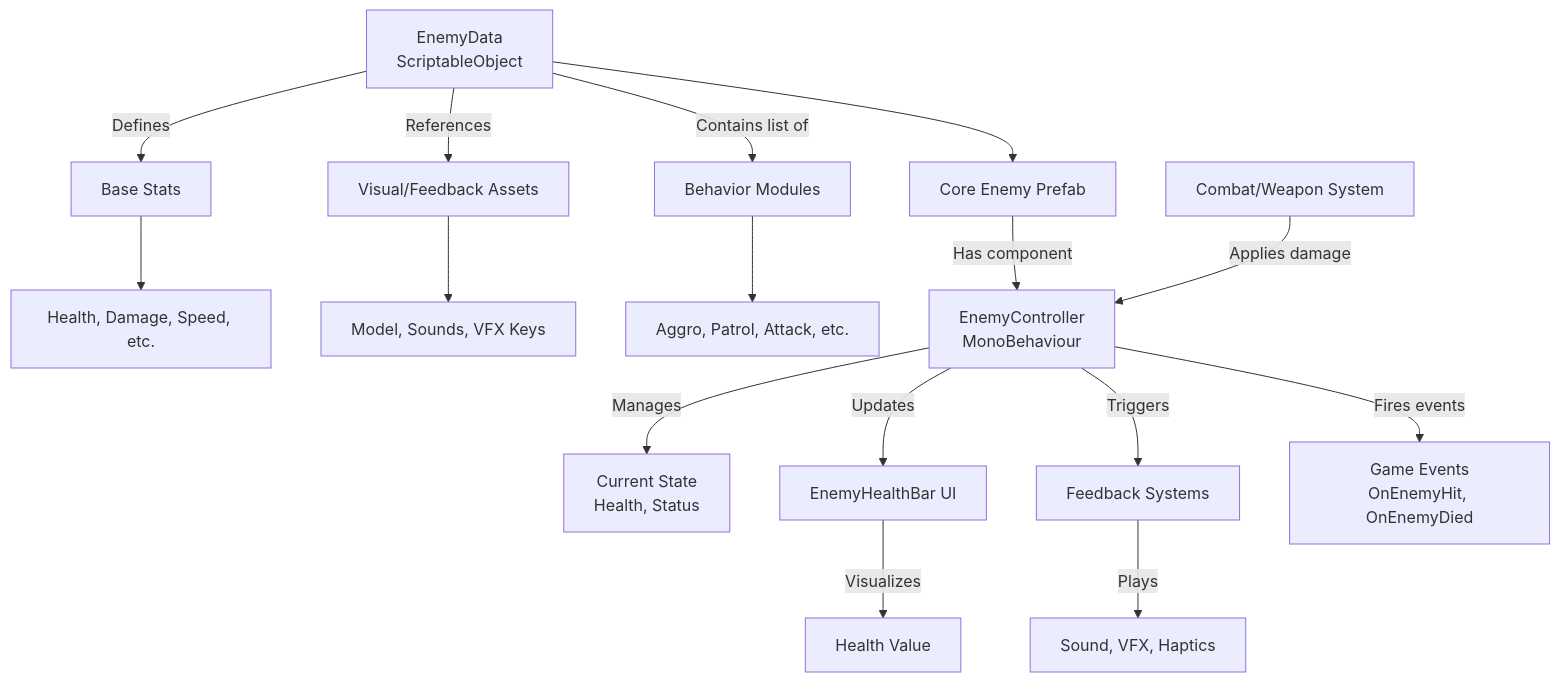
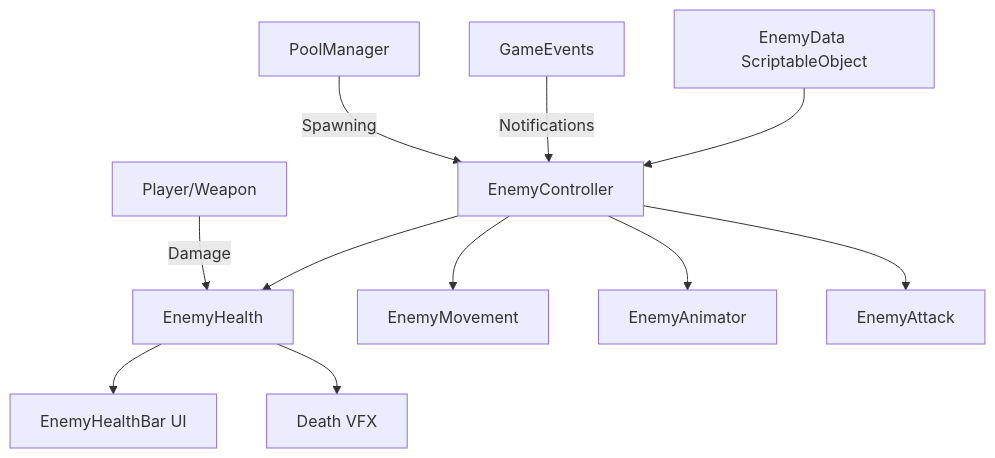
The first of 2 diagrams in Docs/Enemies.md (SBUplakankus/monsta-choppa-vr), drawn with Mermaid before and after one commit. The commit also changed other lines of this file and 8 other files, not shown here.

````diff
--- a/Docs/Enemies.md
+++ b/Docs/Enemies.md
@@ -8,23 +6,15 @@
 ```mermaid
-flowchart TD
-    A[EnemyData<br/>ScriptableObject] --> B[Core Enemy Prefab]
+graph TD
+    A[EnemyData ScriptableObject] --> B[EnemyController]
+    B --> C[EnemyHealth]
+    B --> D[EnemyMovement]
+    B --> E[EnemyAnimator]
+    B --> F[EnemyAttack]
     
-    A -->|Defines| C[Base Stats]
-    A -->|References| D[Visual/Feedback Assets]
-    A -->|Contains list of| E[Behavior Modules]
+    C --> G[EnemyHealthBar UI]
+    C --> H[Death VFX]
     
-    C --> F[Health, Damage, Speed, etc.]
-    D --> G[Model, Sounds, VFX Keys]
-    E --> H[Aggro, Patrol, Attack, etc.]
-    
-    B -->|Has component| I[EnemyController<br/>MonoBehaviour]
-    I -->|Manages| J[Current State<br/>Health, Status]
-    I -->|Updates| K[EnemyHealthBar UI]
-    I -->|Triggers| L[Feedback Systems]
-    
-    K -->|Visualizes| M[Health Value]
-    L -->|Plays| N[Sound, VFX, Haptics]
-    
-    O[Combat/Weapon System] -->|Applies damage| I
-    I -->|Fires events| P[Game Events<br/>OnEnemyHit, OnEnemyDied]
+    I[Player/Weapon] -->|Damage| C
+    J[GameEvents] -->|Notifications| B
+    K[PoolManager] -->|Spawning| B
 ```
````
